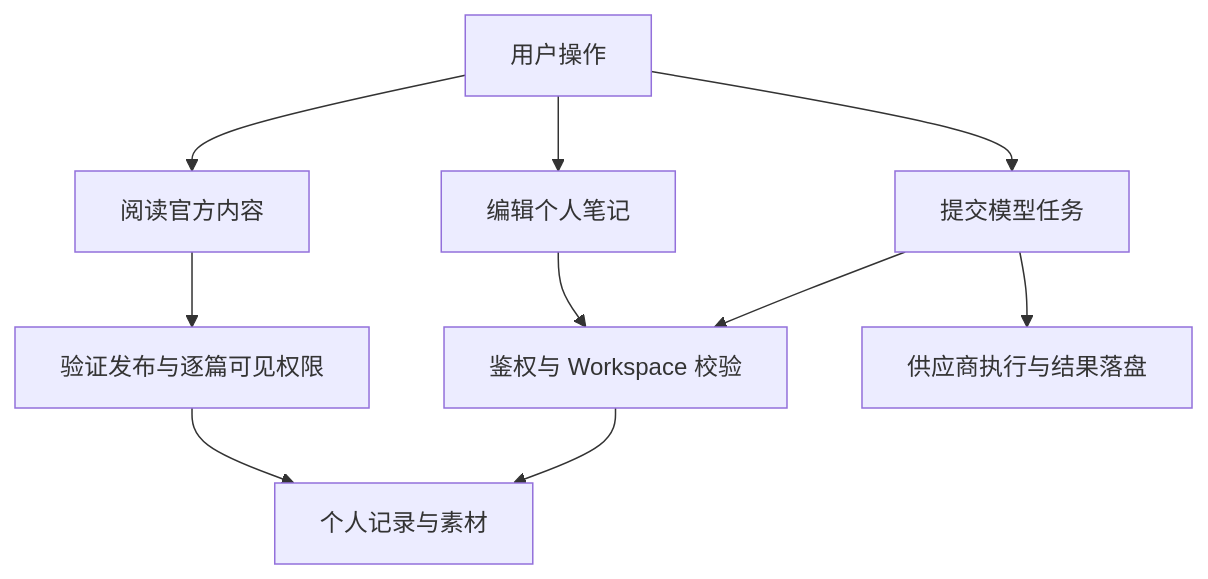
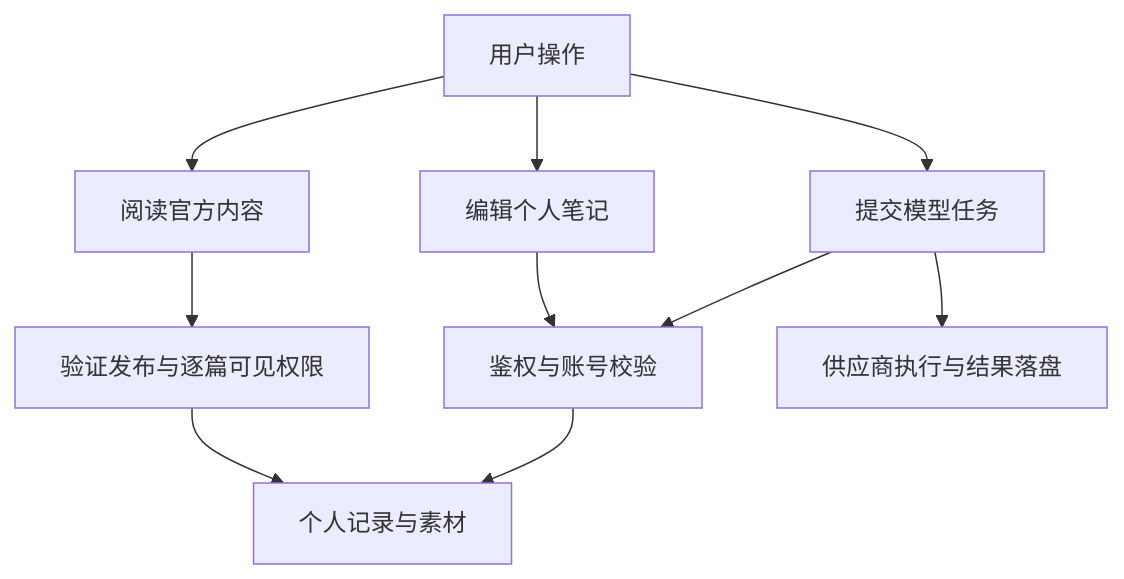
Before and after one commit to EmiyaredA/Future-Props-Lab: the diagram in web/src/features/thought-workshop/official/content/technical/scope.md, drawn with Mermaid. The commit also changed other lines of this file and 721 other files, not shown here.

````diff
--- a/web/src/features/thought-workshop/official/content/technical/scope.md
+++ b/web/src/features/thought-workshop/official/content/technical/scope.md
@@ -23,12 +23,12 @@
 ```mermaid
 flowchart TD
   U[用户操作] --> O[阅读官方内容]
   U --> N[编辑个人笔记]
   U --> G[提交模型任务]
   O --> B[验证发布与逐篇可见权限]
   B --> S[读取源笔记与获准素材]
-  N --> A[鉴权与 Workspace 校验]
+  N --> A[鉴权与账号校验]
   G --> A
   A --> S[个人记录与素材]
   G --> P[供应商执行与结果落盘]
 ```
````
